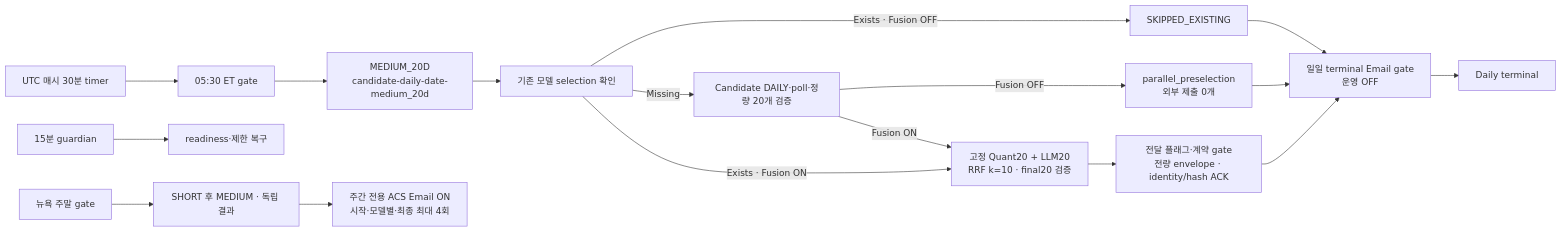
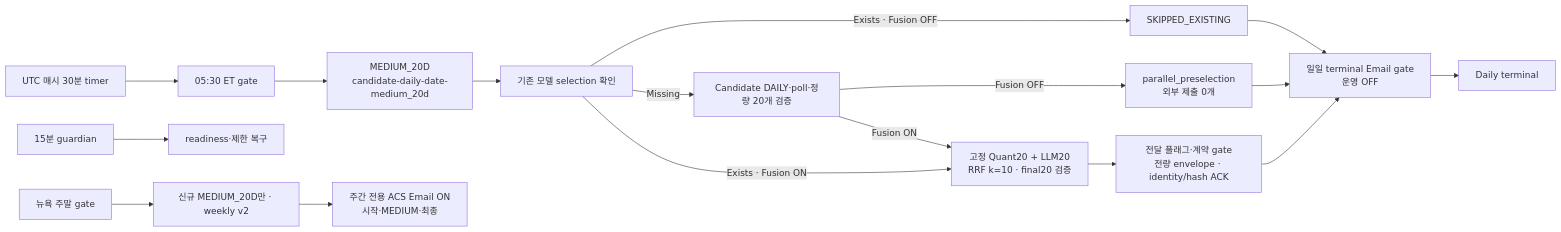
One commit to brjeong-private/sp500-candidate-engine changed the third of 5 diagrams in .github/modernize/assessment/engines/facts/architecture-diagram.md. Above: the diagram before and after it, drawn with Mermaid. The commit also changed other lines of this file and 20 other files, not shown here.

First line of the commit message:
Reconcile model and LLM architecture with verified production baseline

````diff
--- a/.github/modernize/assessment/engines/facts/architecture-diagram.md
+++ b/.github/modernize/assessment/engines/facts/architecture-diagram.md
@@ -249,20 +272,20 @@
 ```mermaid
 flowchart LR
     Timer["UTC 매시 30분 timer"] --> Gate["05:30 ET gate"]
     Gate --> Medium["MEDIUM_20D<br/>candidate-daily-date-medium_20d"]
     Existing["기존 모델 selection 확인"]
     Medium --> Existing
     Existing -->|"Exists · Fusion OFF"| Skip["SKIPPED_EXISTING"]
     Existing -->|"Missing"| CandidateSubmit["Candidate DAILY·poll·정량 20개 검증"]
     CandidateSubmit -->|"Fusion OFF"| Stop["parallel_preselection<br/>외부 제출 0개"]
     CandidateSubmit -->|"Fusion ON"| Fusion["고정 Quant20 + LLM20<br/>RRF k=10 · final20 검증"]
     Existing -->|"Exists · Fusion ON"| Fusion
     Fusion --> Handoff["전달 플래그·계약 gate<br/>전량 envelope · identity/hash ACK"]
     Skip --> Email["일일 terminal Email gate<br/>운영 OFF"]
     Stop --> Email
     Handoff --> Email
     Email --> DailyTerminal["Daily terminal"]
     Guardian["15분 guardian"] --> Ready["readiness·제한 복구"]
-    Weekly["뉴욕 주말 gate"] --> Training["SHORT 후 MEDIUM · 독립 결과"]
-    Training --> WeeklyMail["주간 전용 ACS Email ON<br/>시작·모델별·최종 최대 4회"]
+    Weekly["뉴욕 주말 gate"] --> Training["신규 MEDIUM_20D만 · weekly v2"]
+    Training --> WeeklyMail["주간 전용 ACS Email ON<br/>시작·MEDIUM·최종"]
 ```
````
